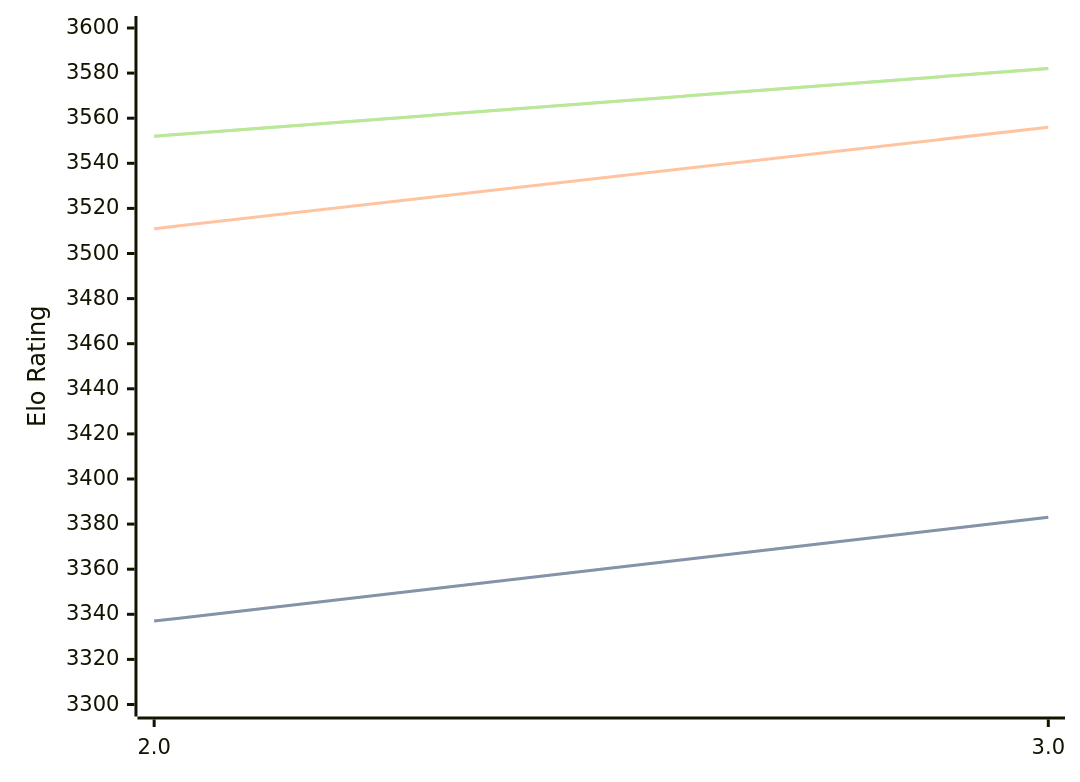
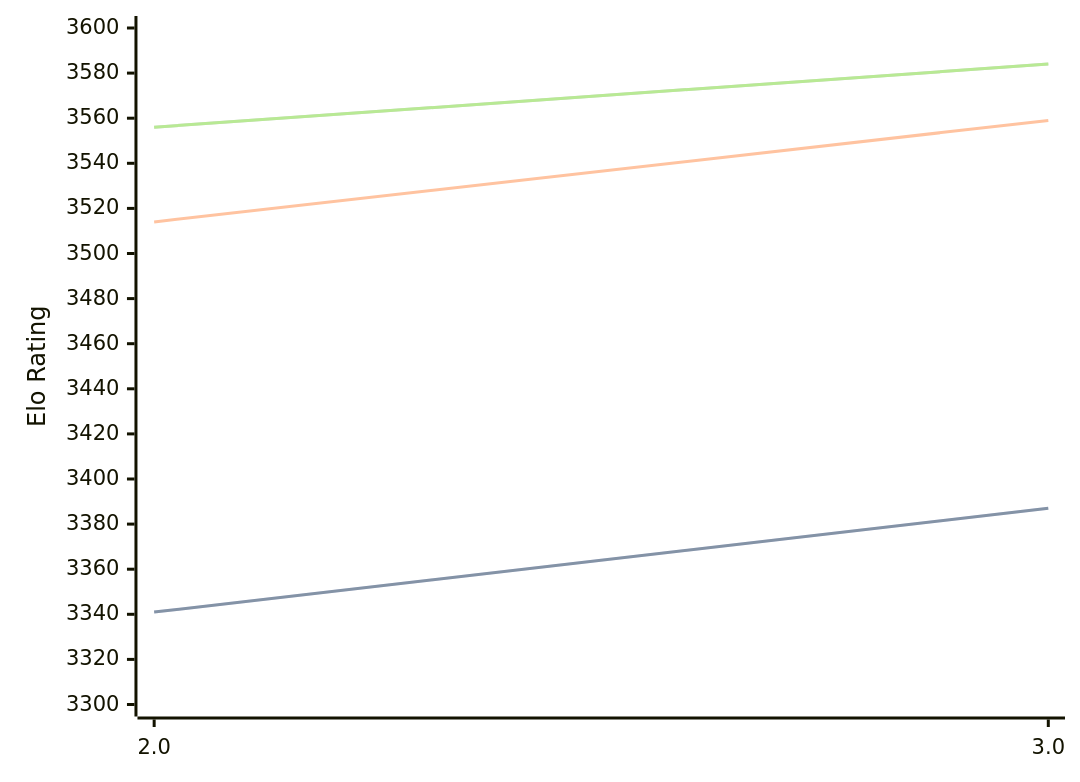
Before and after one commit to computer-chess-index/cci: the diagram in engines/Quanticade.md, drawn with Mermaid. The commit also changed other lines of this file, not shown here.

Commit message:
Update CCI Ratings (ELO VLTC) - 2026-05-02

````diff
--- a/engines/Quanticade.md
+++ b/engines/Quanticade.md
@@ -41,11 +41,11 @@
 ```mermaid
 %%{init: {"theme":"base","themeVariables":{"seriesColors:['#a3a3a3','#222221','#faa371']}}}%%
 xychart-beta
   x-axis ["2.0", "3.0"]
   y-axis "Elo Rating" 3300 --> 3600
-  line "STC (8.0+0.08s)" [3337, 3383]
-  line "STC (8.0+0.08s)" [3337, 3383]
-  line "LTC (60.0+0.60s)" [3511, 3556]
-  line "VLTC (2m24s+1.12s)" [3552, 3582]
-  line "VLTC (2m24s+1.12s)" [3552, 3582]
+  line "STC (8.0+0.08s)" [3341, 3387]
+  line "STC (8.0+0.08s)" [3341, 3387]
+  line "LTC (60.0+0.60s)" [3514, 3559]
+  line "VLTC (2m24s+1.12s)" [3556, 3584]
+  line "VLTC (2m24s+1.12s)" [3556, 3584]
 ```
````
